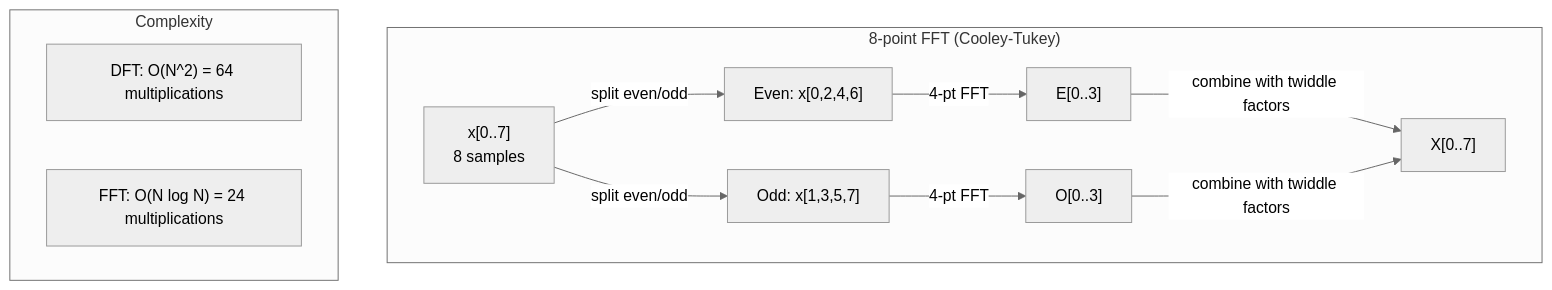
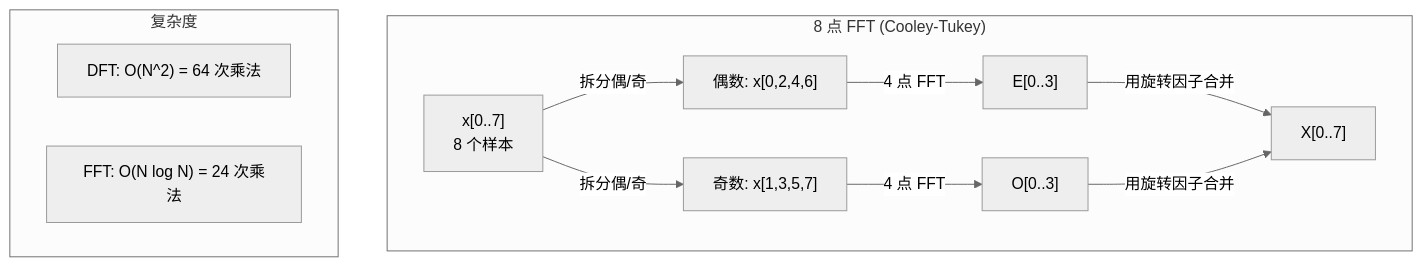
The first of 2 diagrams in phases/01-math-foundations/20-fourier-transform/docs/zh.md (alessandrodinisio-ai/ai-engineering-learning-framework), drawn with Mermaid (neutral theme) before and after one commit. The commit also changed other lines of this file and 120 other files, not shown here.

First line of the commit message:
i18n(mermaid): 337 个 mermaid 图表标签中文化

````diff
--- a/phases/01-math-foundations/20-fourier-transform/docs/zh.md
+++ b/phases/01-math-foundations/20-fourier-transform/docs/zh.md
@@ -93,15 +93,15 @@
 ```mermaid
 graph TD
-    subgraph "8-point FFT (Cooley-Tukey)"
-        X["x[0..7]<br/>8 samples"] -->|"split even/odd"| E["Even: x[0,2,4,6]"]
-        X -->|"split even/odd"| O["Odd: x[1,3,5,7]"]
-        E -->|"4-pt FFT"| EK["E[0..3]"]
-        O -->|"4-pt FFT"| OK["O[0..3]"]
-        EK -->|"combine with twiddle factors"| XK["X[0..7]"]
-        OK -->|"combine with twiddle factors"| XK
+    subgraph "8 点 FFT (Cooley-Tukey)"
+        X["x[0..7]<br/>8 个样本"] -->|"拆分偶/奇"| E["偶数: x[0,2,4,6]"]
+        X -->|"拆分偶/奇"| O["奇数: x[1,3,5,7]"]
+        E -->|"4 点 FFT"| EK["E[0..3]"]
+        O -->|"4 点 FFT"| OK["O[0..3]"]
+        EK -->|"用旋转因子合并"| XK["X[0..7]"]
+        OK -->|"用旋转因子合并"| XK
     end
-    subgraph "Complexity"
-        C1["DFT: O(N^2) = 64 multiplications"]
-        C2["FFT: O(N log N) = 24 multiplications"]
+    subgraph "复杂度"
+        C1["DFT: O(N^2) = 64 次乘法"]
+        C2["FFT: O(N log N) = 24 次乘法"]
     end
 ```
````
